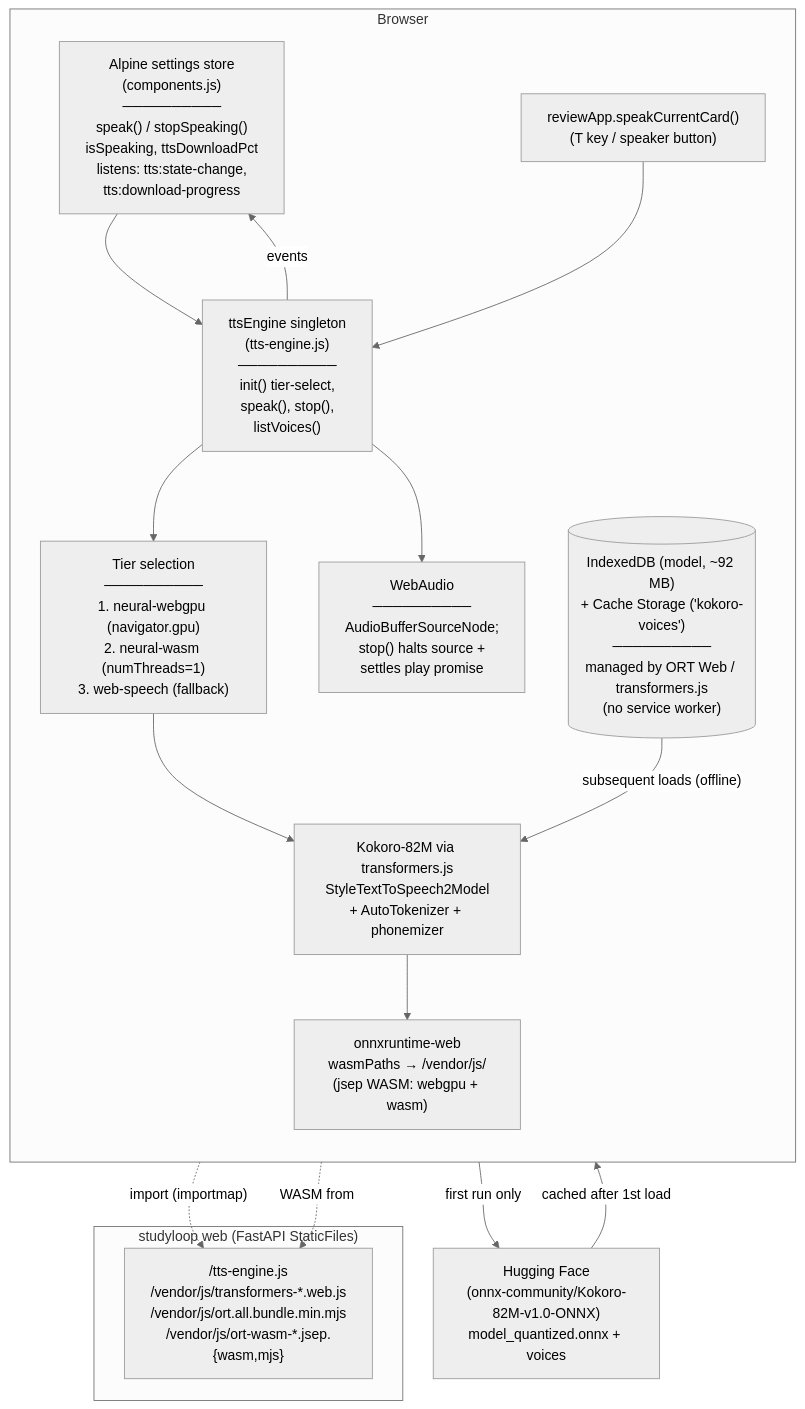
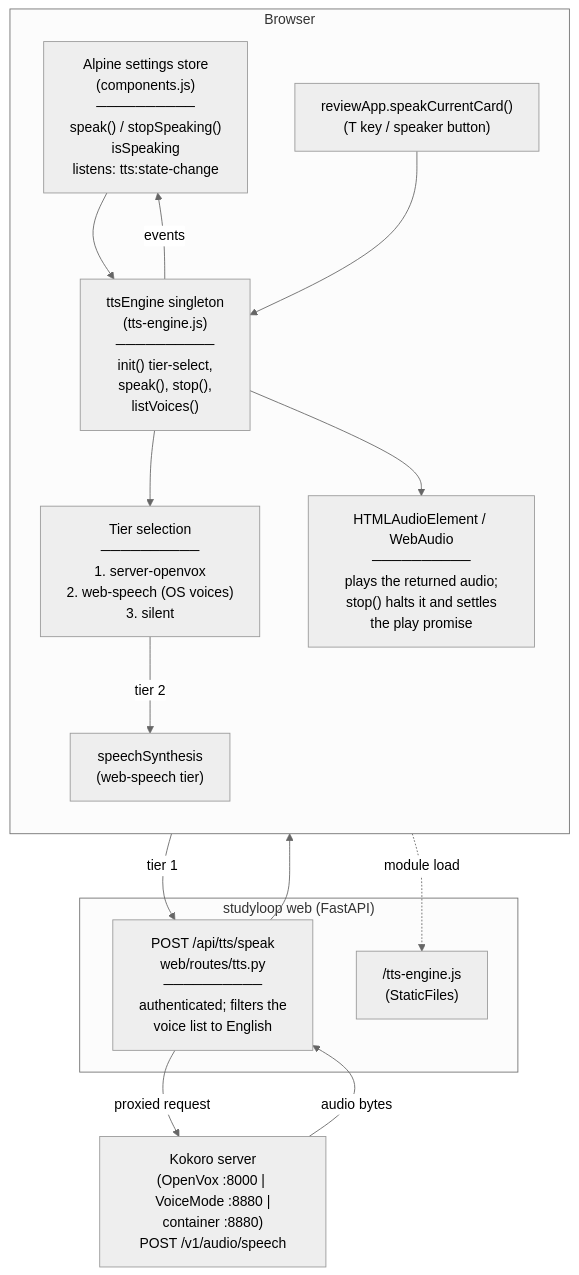
Diagram 11 of 13 in docs/architecture/current.md (NetDevAutomate/StudyLoop), drawn with Mermaid (neutral theme) before and after one commit. The commit also changed other lines of this file and 16 other files, not shown here.

````diff
--- a/docs/architecture/current.md
+++ b/docs/architecture/current.md
@@ -699,33 +707,31 @@
 ```mermaid
 flowchart TB
     subgraph Browser["Browser"]
       direction TB
-      Settings["Alpine settings store<br/>(components.js)<br/>──────────<br/>speak() / stopSpeaking()<br/>isSpeaking, ttsDownloadPct<br/>listens: tts:state-change,<br/>tts:download-progress"]
+      Settings["Alpine settings store<br/>(components.js)<br/>──────────<br/>speak() / stopSpeaking()<br/>isSpeaking<br/>listens: tts:state-change"]
       Review["reviewApp.speakCurrentCard()<br/>(T key / speaker button)"]
       Engine["ttsEngine singleton<br/>(tts-engine.js)<br/>──────────<br/>init() tier-select,<br/>speak(), stop(),<br/>listVoices()"]
-      Tiers["Tier selection<br/>──────────<br/>1. neural-webgpu (navigator.gpu)<br/>2. neural-wasm (numThreads=1)<br/>3. web-speech (fallback)"]
-      Kokoro["Kokoro-82M via transformers.js<br/>StyleTextToSpeech2Model<br/>+ AutoTokenizer + phonemizer"]
-      ORT["onnxruntime-web<br/>wasmPaths → /vendor/js/<br/>(jsep WASM: webgpu + wasm)"]
-      Audio["WebAudio<br/>──────────<br/>AudioBufferSourceNode;<br/>stop() halts source +<br/>settles play promise"]
-      Cache[("IndexedDB (model, ~92 MB)<br/>+ Cache Storage ('kokoro-voices')<br/>──────────<br/>managed by ORT Web / transformers.js<br/>(no service worker)")]
+      Tiers["Tier selection<br/>──────────<br/>1. server-openvox<br/>2. web-speech (OS voices)<br/>3. silent"]
+      Audio["HTMLAudioElement / WebAudio<br/>──────────<br/>plays the returned audio;<br/>stop() halts it and settles<br/>the play promise"]
+      WSA["speechSynthesis<br/>(web-speech tier)"]
     end
 
-    subgraph Server["studyloop web (FastAPI StaticFiles)"]
-      Static["/tts-engine.js<br/>/vendor/js/transformers-*.web.js<br/>/vendor/js/ort.all.bundle.min.mjs<br/>/vendor/js/ort-wasm-*.jsep.{wasm,mjs}"]
+    subgraph Server["studyloop web (FastAPI)"]
+      Route["POST /api/tts/speak<br/>web/routes/tts.py<br/>──────────<br/>authenticated; filters the<br/>voice list to English"]
+      Static["/tts-engine.js<br/>(StaticFiles)"]
     end
 
-    HF["Hugging Face<br/>(onnx-community/Kokoro-82M-v1.0-ONNX)<br/>model_quantized.onnx + voices"]
+    Kokoro["Kokoro server<br/>(OpenVox :8000 | VoiceMode :8880 |<br/>container :8880)<br/>POST /v1/audio/speech"]
 
     Settings --> Engine
     Review --> Engine
     Engine --> Tiers
-    Tiers --> Kokoro
-    Kokoro --> ORT
+    Tiers -->|"tier 1"| Route
+    Tiers -->|"tier 2"| WSA
     Engine --> Audio
-    Engine -.->|"import (importmap)"| Static
-    ORT -.->|"WASM from"| Static
-    Kokoro -->|"first run only"| HF
-    HF -->|"cached after 1st load"| Cache
-    Cache -->|"subsequent loads (offline)"| Kokoro
+    Engine -.->|"module load"| Static
+    Route -->|"proxied request"| Kokoro
+    Kokoro -->|"audio bytes"| Route
+    Route --> Audio
     Engine -->|"events"| Settings
 ```
````
